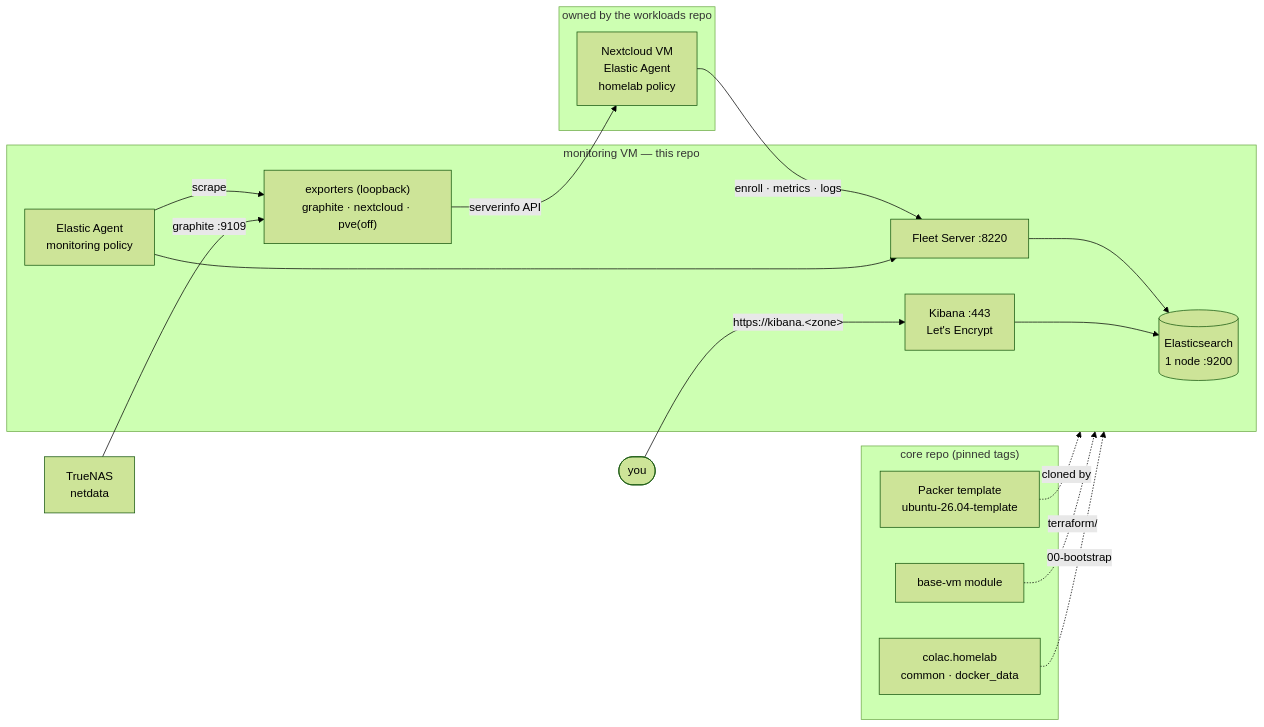
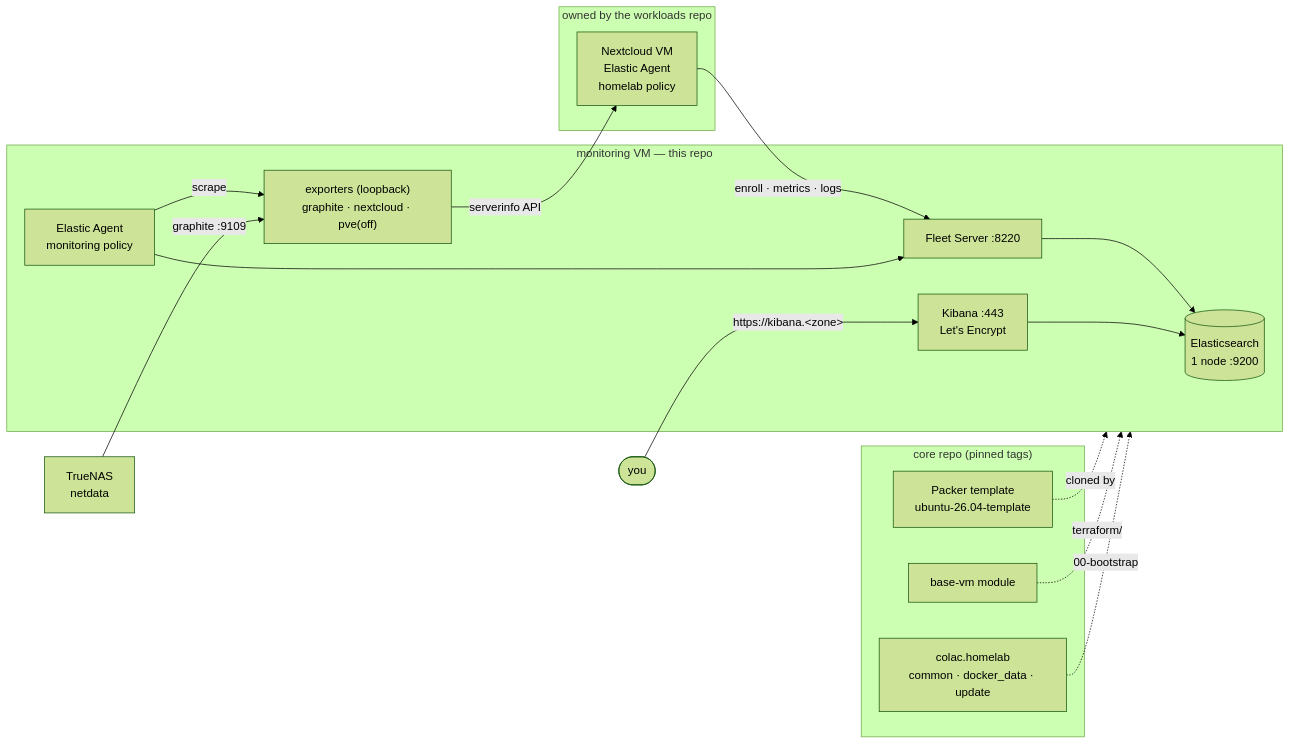
One commit to colac/homelab-proxmox-monitoring changed the diagram in README.md. Above: the diagram before and after it, drawn with Mermaid (forest theme). The commit also changed other lines of this file and 9 other files, not shown here.

````diff
--- a/README.md
+++ b/README.md
@@ -27,36 +27,36 @@
 ```mermaid
 flowchart LR
   subgraph core["core repo (pinned tags)"]
     tpl["Packer template<br/>ubuntu-26.04-template"]
     mod["base-vm module"]
-    col["colac.homelab<br/>common · docker_data"]
+    col["colac.homelab<br/>common · docker_data · update"]
   end
 
   subgraph mon["monitoring VM — this repo"]
     es[("Elasticsearch<br/>1 node :9200")]
     kb["Kibana :443<br/>Let's Encrypt"]
     fs["Fleet Server :8220"]
     ex["exporters (loopback)<br/>graphite · nextcloud · pve(off)"]
     ag0["Elastic Agent<br/>monitoring policy"]
   end
 
   subgraph wl["owned by the workloads repo"]
     nc["Nextcloud VM<br/>Elastic Agent<br/>homelab policy"]
   end
 
   nas["TrueNAS<br/>netdata"]
   you(["you"])
 
   tpl -. cloned by .-> mon
   mod -. terraform/ .-> mon
   col -. 00-bootstrap .-> mon
 
   nc -- "enroll · metrics · logs" --> fs
   ag0 --> fs
   fs --> es
   kb --> es
   ag0 -- scrape --> ex
   ex -- serverinfo API --> nc
   nas -- "graphite :9109" --> ex
   you -- "https://kibana.&lt;zone&gt;" --> kb
 ```
````
